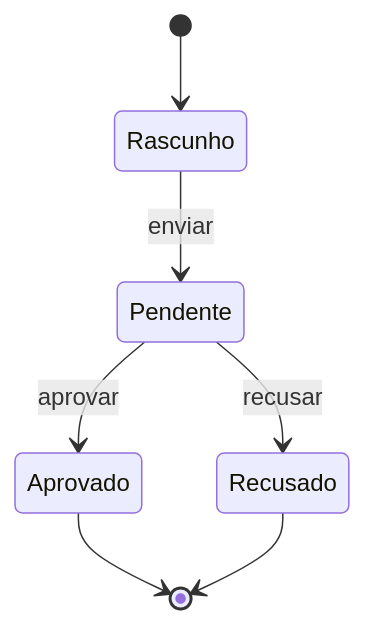
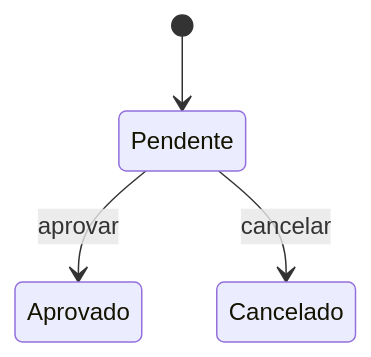
One commit to felipemjesus/skills changed the diagram in skills/dev-ai-first/assets/kit/docs/DOMAIN.md. Above: the diagram before and after it, drawn with Mermaid. The commit also changed other lines of this file and 47 other files, not shown here.

````diff
--- a/skills/dev-ai-first/assets/kit/docs/DOMAIN.md
+++ b/skills/dev-ai-first/assets/kit/docs/DOMAIN.md
@@ -63,9 +52,6 @@
   ```mermaid
   stateDiagram-v2
-    [*] --> Rascunho
-    Rascunho --> Pendente: enviar
+    [*] --> Pendente
     Pendente --> Aprovado: aprovar
-    Pendente --> Recusado: recusar
-    Aprovado --> [*]
-    Recusado --> [*]
+    Pendente --> Cancelado: cancelar
   ```
````
